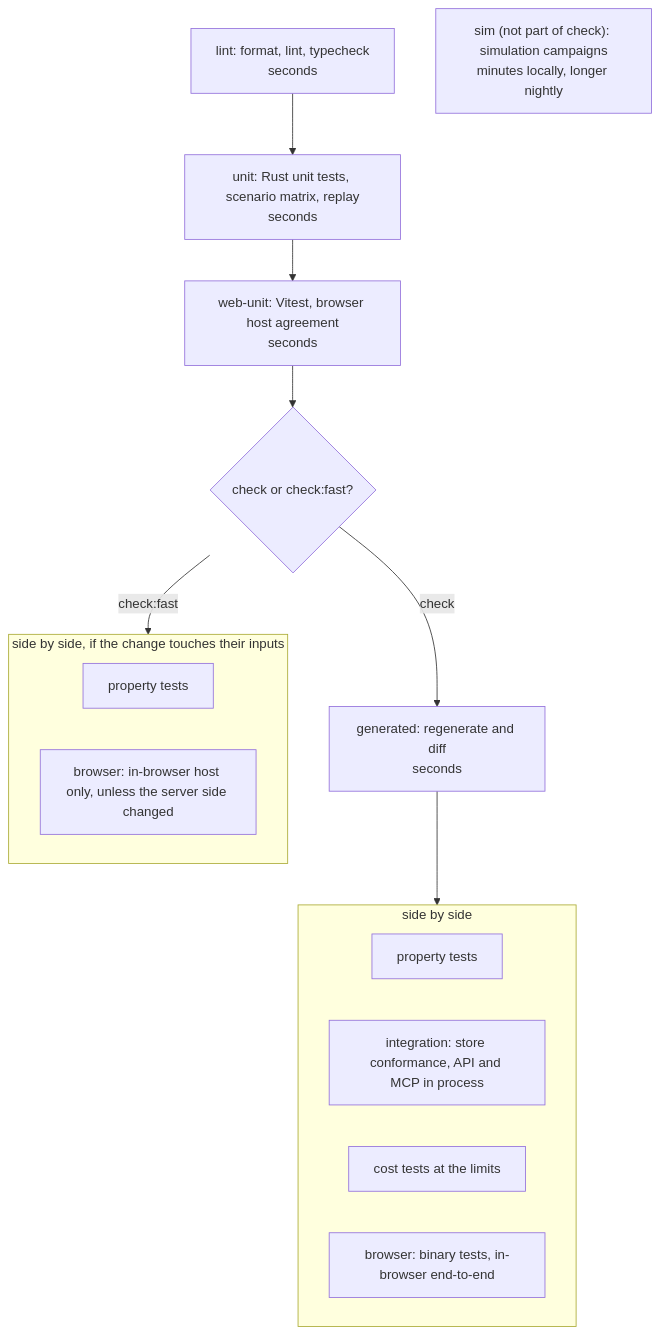
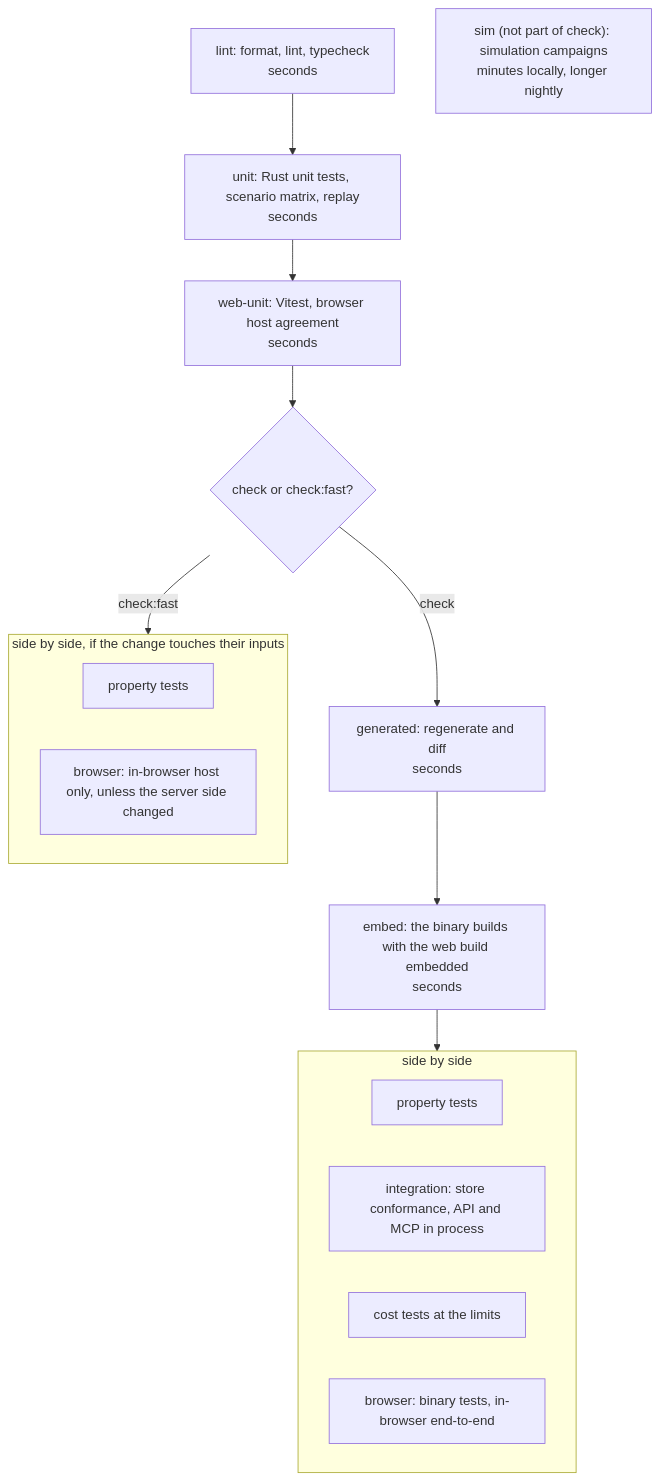
One commit to JacobHayes/cairn changed the diagram in PRACTICES.md. Above: the diagram before and after it, drawn with Mermaid. The commit also changed other lines of this file and 2 other files, not shown here.

First line of the commit message:
Check the binary's build with the web build embedded in the full check

````diff
--- a/PRACTICES.md
+++ b/PRACTICES.md
@@ -221,19 +221,19 @@
 ```mermaid
 flowchart TB
     lint["lint: format, lint, typecheck<br/>seconds"] --> unit["unit: Rust unit tests, scenario matrix, replay<br/>seconds"] --> webunit["web-unit: Vitest, browser host agreement<br/>seconds"]
     webunit --> gate{"check or check:fast?"}
     gate -- "check" --> generated["generated: regenerate and diff<br/>seconds"]
-    generated --> all
+    generated --> embed["embed: the binary builds with the web build embedded<br/>seconds"] --> all
     subgraph all["side by side"]
         property["property tests"]
         integration["integration: store conformance, API and MCP in process"]
         cost["cost tests at the limits"]
         browser["browser: binary tests, in-browser end-to-end"]
     end
     gate -- "check:fast" --> some
     subgraph some["side by side, if the change touches their inputs"]
         property2["property tests"]
         browser2["browser: in-browser host only, unless the server side changed"]
     end
     sim["sim (not part of check): simulation campaigns<br/>minutes locally, longer nightly"]
 ```
````
